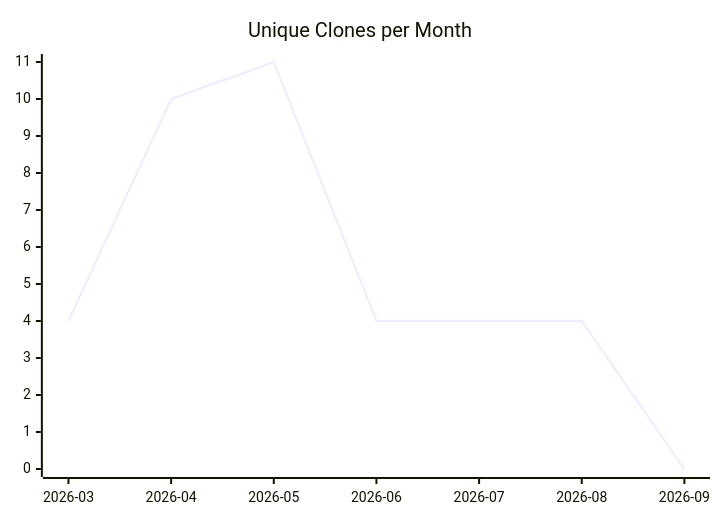
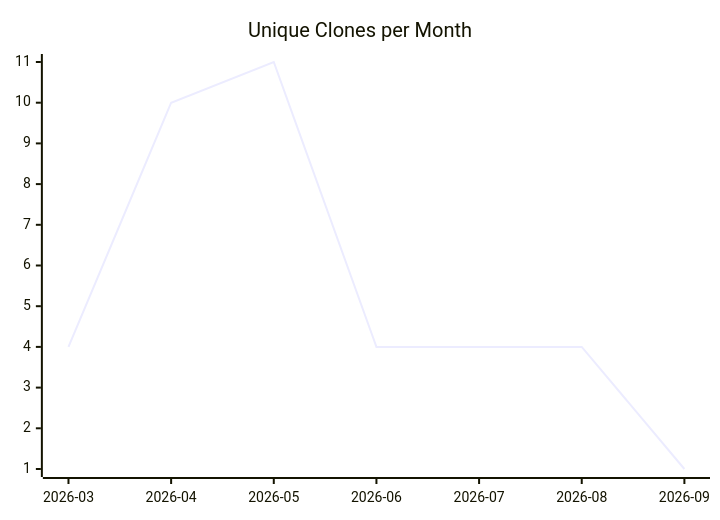
Before and after one commit to justdavis-family/github-analytics-data: the third of 3 diagrams in karlmdavis/workstation-base-ansible-role/README.md, drawn with Mermaid. The commit also changed other lines of this file and 185 other files, not shown here.

````diff
--- a/karlmdavis/workstation-base-ansible-role/README.md
+++ b/karlmdavis/workstation-base-ansible-role/README.md
@@ -19,6 +19,6 @@
 ```mermaid
 xychart-beta
   title "Unique Clones per Month"
   x-axis ["2026-03", "2026-04", "2026-05", "2026-06", "2026-07", "2026-08", "2026-09"]
-  line [4, 10, 11, 4, 4, 4, 0]
+  line [4, 10, 11, 4, 4, 4, 1]
 ```
````
